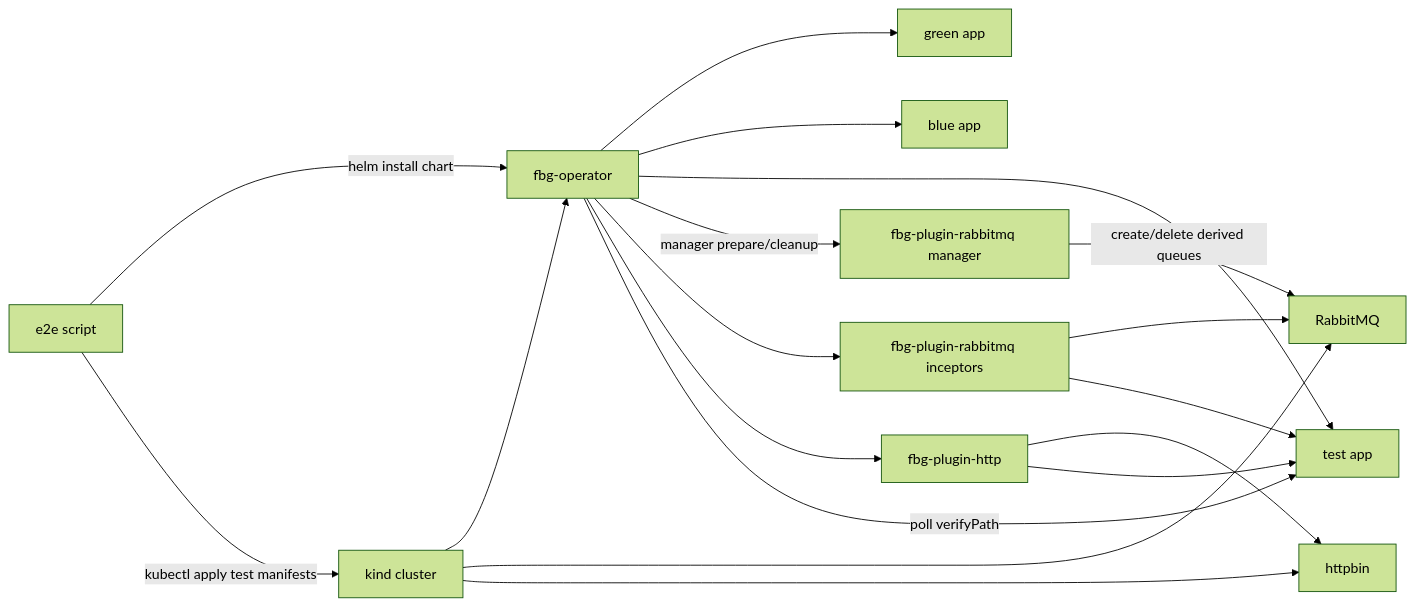
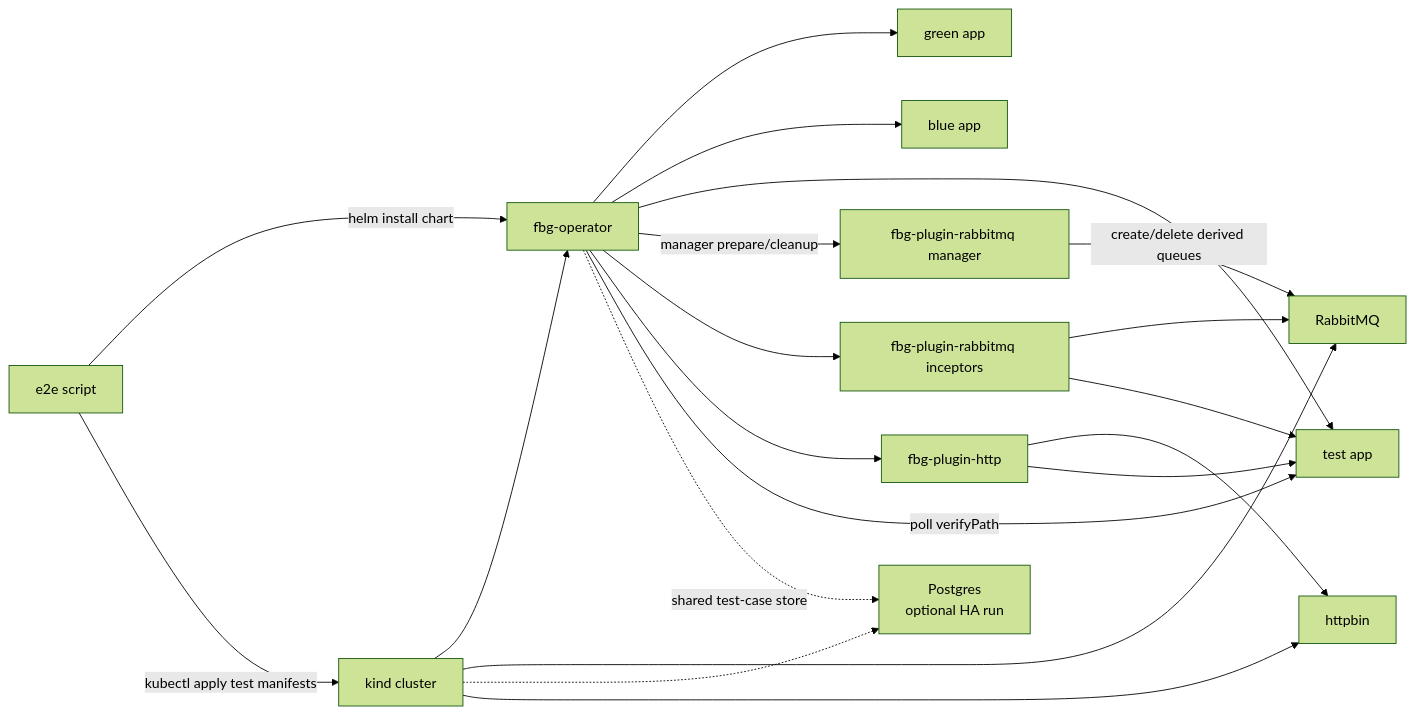
The second of 3 diagrams in docs/testing/e2e.md (dlahmad/fluidbgoperator), drawn with Mermaid (forest theme) before and after one commit. The commit also changed other lines of this file and 25 other files, not shown here.

````diff
--- a/docs/testing/e2e.md
+++ b/docs/testing/e2e.md
@@ -44,32 +66,35 @@
 ```mermaid
 flowchart LR
     TEST["e2e script"]
     K8S["kind cluster"]
     OP["fbg-operator"]
     RAB["RabbitMQ"]
+    PG["Postgres<br/>optional HA run"]
     HTTPBIN["httpbin"]
     GREEN["green app"]
     BLUE["blue app"]
     TC["test app"]
     RM["fbg-plugin-rabbitmq manager"]
     RP["fbg-plugin-rabbitmq inceptors"]
     HP["fbg-plugin-http"]
 
     TEST -->|"helm install chart"| OP
     TEST -->|"kubectl apply test manifests"| K8S
     K8S --> OP
     K8S --> RAB
+    K8S -.-> PG
     K8S --> HTTPBIN
     OP --> GREEN
     OP --> BLUE
     OP --> TC
     OP -->|"manager prepare/cleanup"| RM
     OP --> RP
     OP --> HP
     RM -->|"create/delete derived queues"| RAB
     RP --> RAB
     HP --> HTTPBIN
     RP --> TC
     HP --> TC
     OP -->|"poll verifyPath"| TC
+    OP -.->|"shared test-case store"| PG
 ```
````
